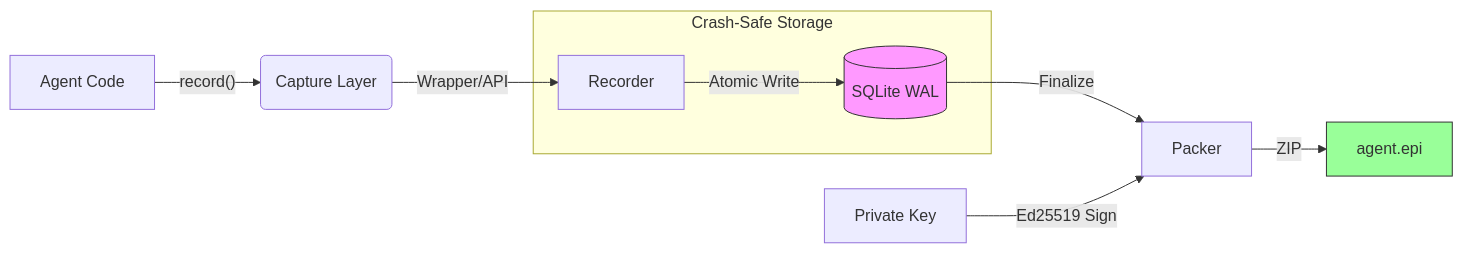
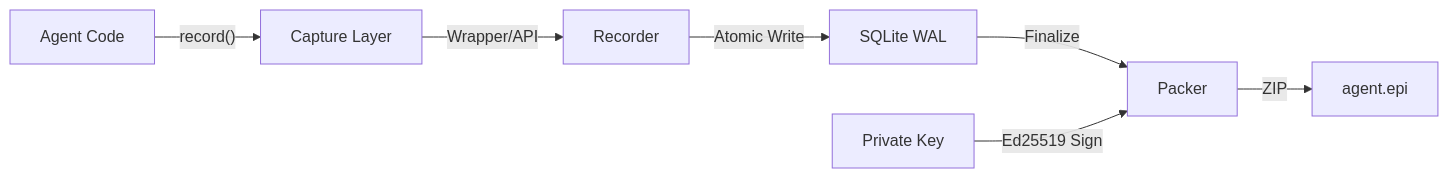
Before and after one commit to mohdibrahimaiml/EPI-RECORDER: the diagram in README.md, drawn with Mermaid.

Commit message:
Fix README mermaid diagram

````diff
--- a/README.md
+++ b/README.md
@@ -213,17 +213,9 @@
 ```mermaid
 flowchart LR
-    A[Agent Code] -->|"record()"| B(Capture Layer)
-    B -->|"Wrapper/API"| D[Recorder]
-    
-    subgraph "Crash-Safe Storage"
-        D -->|"Atomic Write"| E[(SQLite WAL)]
-    end
-    
-    E -->|Finalize| F[Packer]
-    K[Private Key] -->|"Ed25519 Sign"| F
-    
-    F -->|ZIP| G[agent.epi]
-    
-    style E fill:#f9f,stroke:#333
-    style G fill:#9f9,stroke:#333
+    A["Agent Code"] -->|"record()"| B["Capture Layer"]
+    B -->|"Wrapper/API"| C["Recorder"]
+    C -->|"Atomic Write"| D["SQLite WAL"]
+    D -->|"Finalize"| E["Packer"]
+    F["Private Key"] -->|"Ed25519 Sign"| E
+    E -->|"ZIP"| G["agent.epi"]
 ```
````
